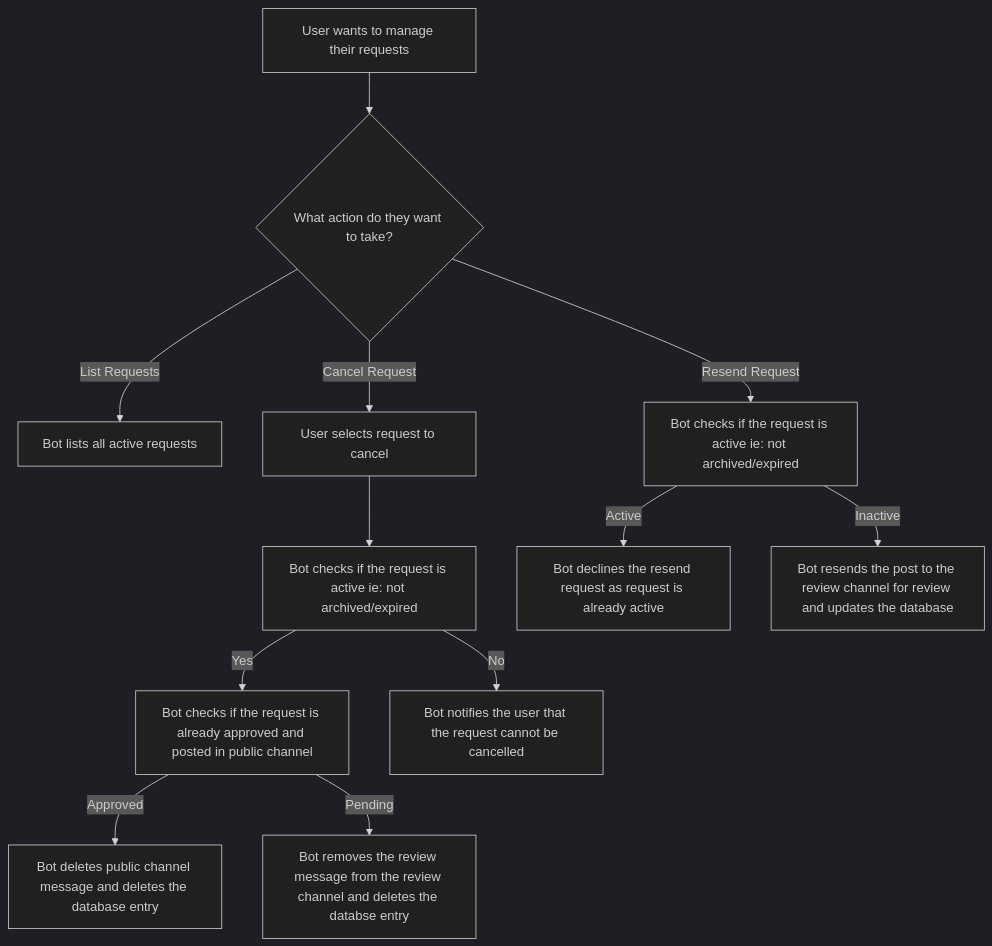
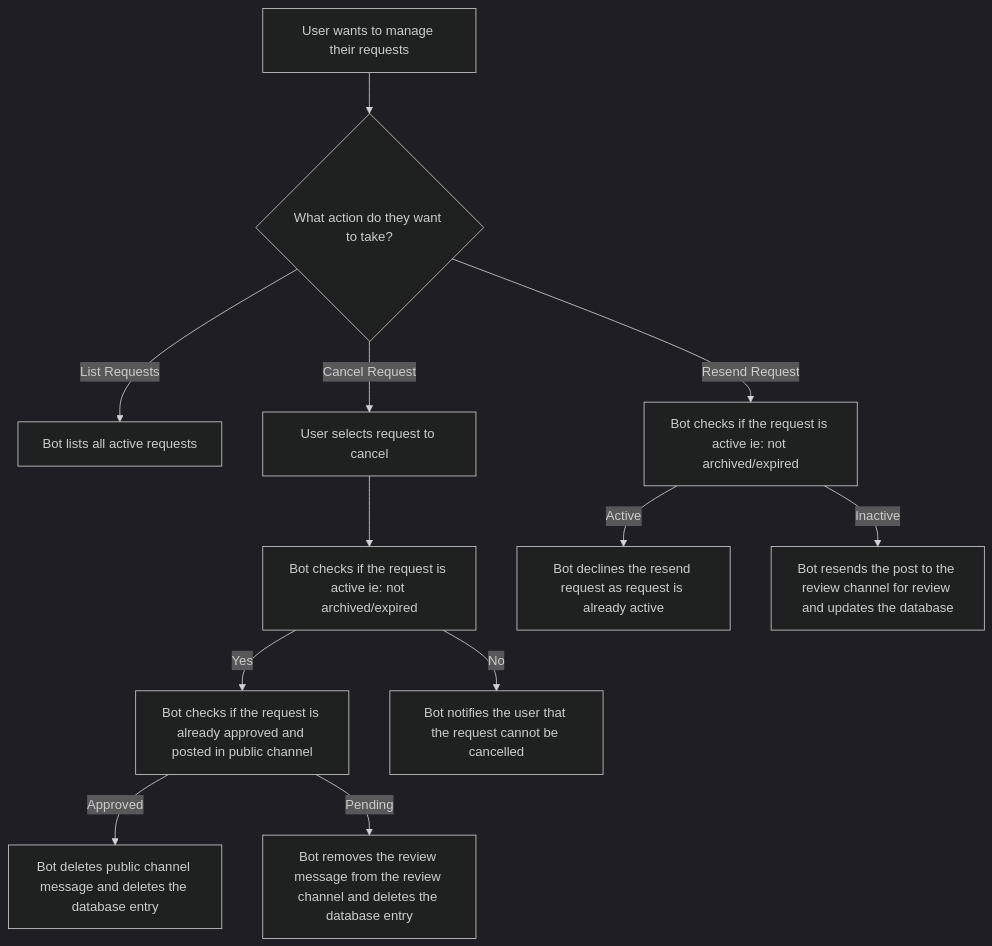
Before and after one commit to MonishKrishna2009/Apatite-Bot: the second of 2 diagrams in docs/Lfp-Lft System.md, drawn with Mermaid (dark theme). The commit also changed other lines of this file, not shown here.

````diff
--- a/docs/Lfp-Lft System.md
+++ b/docs/Lfp-Lft System.md
@@ -25,14 +25,14 @@
 ```mermaid
 flowchart TD
     A[User wants to manage their requests] --> B{What action do they want to take?}
     B -- List Requests --> C[Bot lists all active requests]
     B -- Cancel Request --> D[User selects request to cancel]
     D --> E[Bot checks if the request is active ie: not archived/expired]
     E -- Yes --> F[Bot checks if the request is already approved and posted in public channel]
     F -- Approved --> G[Bot deletes public channel message and deletes the database entry]
-    F -- Pending --> H[Bot removes the review message from the review channel and deletes the databse entry]
+    F -- Pending --> H[Bot removes the review message from the review channel and deletes the database entry]
     E -- No --> I[Bot notifies the user that the request cannot be cancelled]
     B -- Resend Request --> J[Bot checks if the request is active ie: not archived/expired]
     J -- Active --> K[Bot declines the resend request as request is already active]
     J -- Inactive --> L[Bot resends the post to the review channel for review and updates the database]
 ```
````
